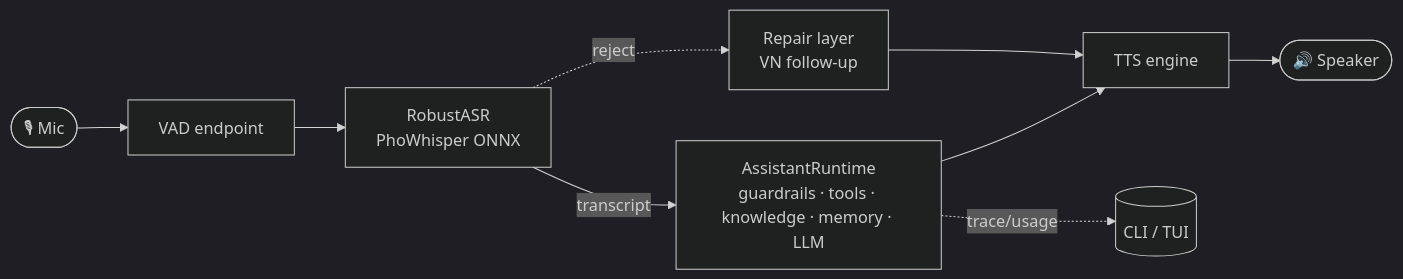
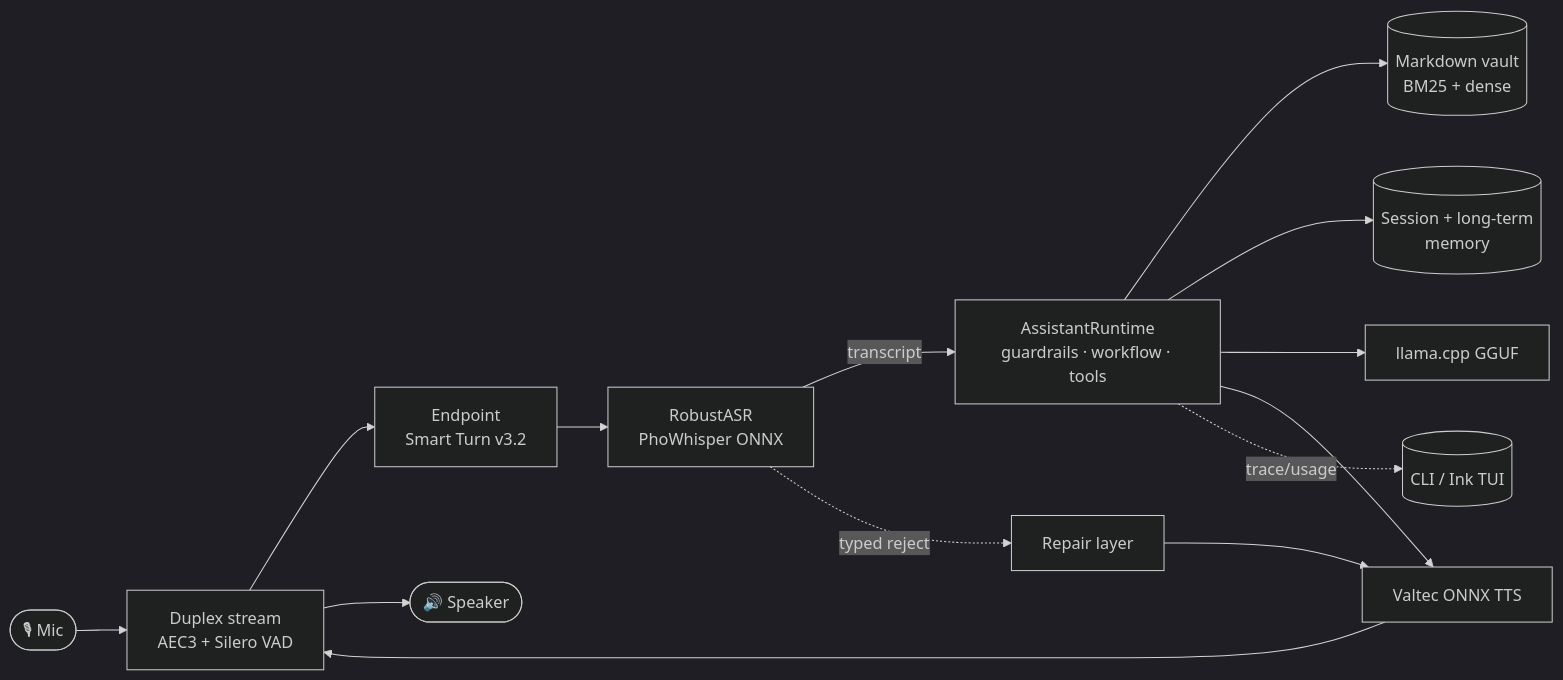
One commit to finalflash159/soca changed the diagram in README.md. Above: the diagram before and after it, drawn with Mermaid (dark theme). The commit also changed other lines of this file and 14 other files, not shown here.

````diff
--- a/README.md
+++ b/README.md
@@ -42,9 +59,15 @@
 ```mermaid
 flowchart LR
-    Mic([🎙 Mic]) --> EP[VAD endpoint] --> ASR[RobustASR<br/>PhoWhisper ONNX]
-    ASR -->|transcript| RT[AssistantRuntime<br/>guardrails · tools · knowledge · memory · LLM]
-    ASR -.->|reject| REP[Repair layer<br/>VN follow-up]
-    RT --> TTS[TTS engine] --> Spk([🔊 Speaker])
+    Mic([🎙 Mic]) --> DUP[Duplex stream<br/>AEC3 + Silero VAD]
+    DUP --> EP[Endpoint<br/>Smart Turn v3.2]
+    EP --> ASR[RobustASR<br/>PhoWhisper ONNX]
+    ASR -->|transcript| RT[AssistantRuntime<br/>guardrails · workflow · tools]
+    RT --> KN[(Markdown vault<br/>BM25 + dense)]
+    RT --> MEM[(Session + long-term<br/>memory)]
+    RT --> LLM[llama.cpp GGUF]
+    ASR -.->|typed reject| REP[Repair layer]
+    RT --> TTS[Valtec ONNX TTS] --> DUP
+    DUP --> Spk([🔊 Speaker])
     REP --> TTS
-    RT -. trace/usage .-> UI[(CLI / TUI)]
+    RT -. trace/usage .-> UI[(CLI / Ink TUI)]
 ```
````
